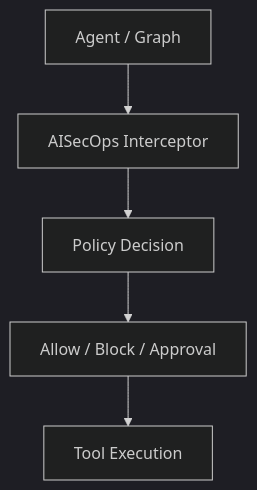
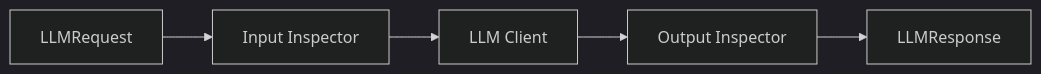
Before and after one commit to viplavfauzdar/aisecops-interceptor: the third of 5 diagrams in README.md, drawn with Mermaid (dark theme). The commit also changed other lines of this file and 25 other files, not shown here.

````diff
--- a/README.md
+++ b/README.md
@@ -136,7 +126,13 @@
 ```mermaid
-flowchart TD
-    A[Agent / Graph] --> B[AISecOps Interceptor]
-    B --> C[Policy Decision]
-    C --> D[Allow / Block / Approval]
-    D --> E[Tool Execution]
+flowchart LR
+
+A[LLMRequest]
+
+A --> B[Input Inspector]
+
+B --> C[LLM Client]
+
+C --> D[Output Inspector]
+
+D --> E[LLMResponse]
 ```
````
